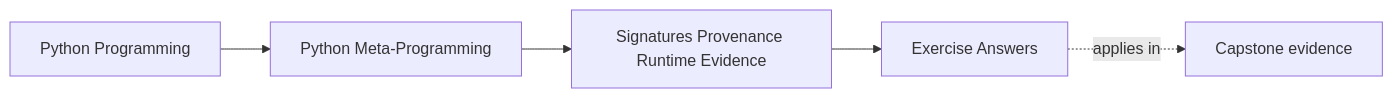
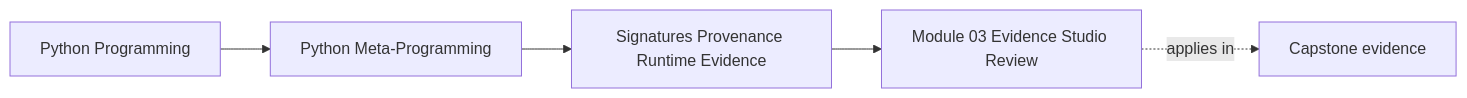
Before and after one commit to bijux/bijux-masterclass: the first of 2 diagrams in programs/python-programming/python-meta-programming/course-book/module-03-signatures-provenance-runtime-evidence/exercise-answers.md, drawn with Mermaid. The commit also changed other lines of this file and 3 other files, not shown here.

Commit message:
docs(module-03): replace prompts with an evidence studio

````diff
--- a/programs/python-programming/python-meta-programming/course-book/module-03-signatures-provenance-runtime-evidence/exercise-answers.md
+++ b/programs/python-programming/python-meta-programming/course-book/module-03-signatures-provenance-runtime-evidence/exercise-answers.md
@@ -7,11 +6,11 @@
 ```mermaid
 graph LR
   family["Python Programming"]
   program["Python Meta-Programming"]
   section["Signatures Provenance Runtime Evidence"]
-  page["Exercise Answers"]
+  page["Module 03 Evidence Studio Review"]
   capstone["Capstone evidence"]
 
   family --> program --> section --> page
   page -.applies in.-> capstone
 ```
````
